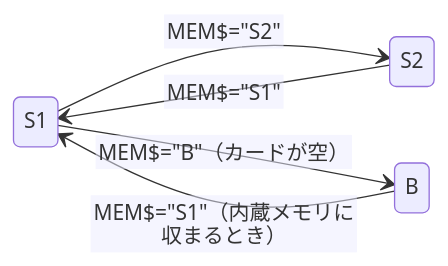
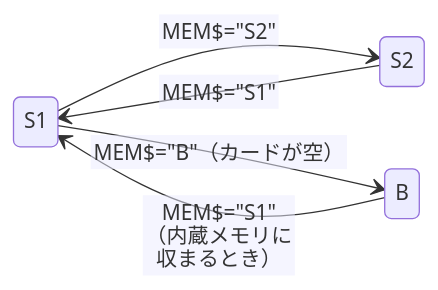
One commit to litchi-gh/pc-e500_tools changed the diagram in docs/handbook/04_RAM_CARD.md. Above: the diagram before and after it, drawn with Mermaid. The commit also changed 14 other files, not shown here.

First line of the commit message:
Docs: wrap state diagram and timeline labels by hand

````diff
--- a/docs/handbook/04_RAM_CARD.md
+++ b/docs/handbook/04_RAM_CARD.md
@@ -121,12 +121,12 @@
 ```mermaid
 %%{init: {"htmlLabels": false, "flowchart": {"htmlLabels": false, "wrappingWidth": 1000}}}%%
 stateDiagram-v2
   direction LR
   S1: S1
   S2: S2
   B: B
   S1 --> S2: MEM$="S2"
   S2 --> S1: MEM$="S1"
   S1 --> B: MEM$="B"（カードが空）
-  B --> S1: MEM$="S1"（内蔵メモリに収まるとき）
+  B --> S1: MEM$="S1"<br>（内蔵メモリに<br>収まるとき）
 ```
````
